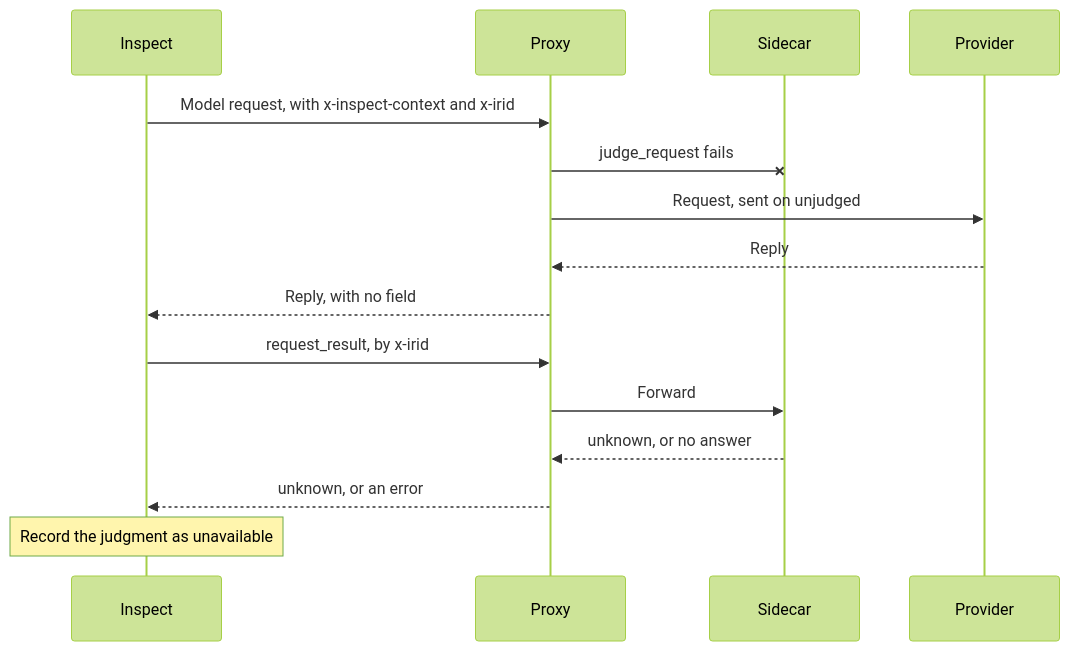
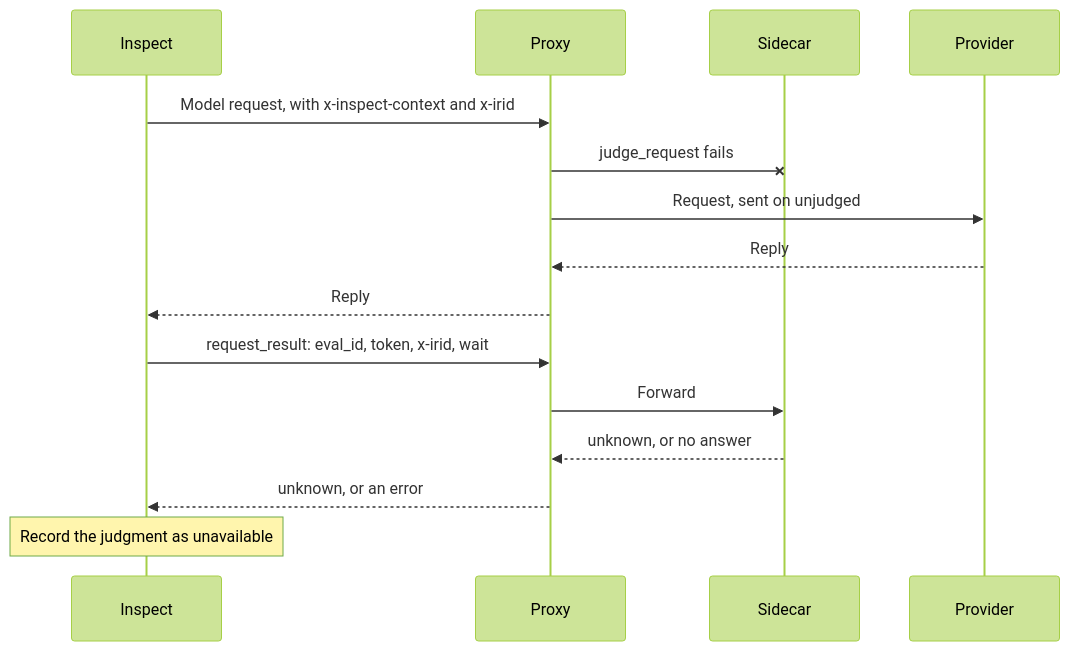
Before and after one commit to meridianlabs-ai/inspect_sentinel: the eighth of 9 diagrams in design/sidecar.md, drawn with Mermaid (forest theme). The commit also changed other lines of this file and 2 other files, not shown here.

First line of the commit message:
docs(design): ask the sidecar for each judgment instead of reading a field from replies

````diff
--- a/design/sidecar.md
+++ b/design/sidecar.md
@@ -972,17 +1028,17 @@
 ```mermaid
 sequenceDiagram
     participant I as Inspect
     participant P as Proxy
     participant S as Sidecar
     participant M as Provider
     I->>P: Model request, with x-inspect-context and x-irid
     P-xS: judge_request fails
     P->>M: Request, sent on unjudged
     M-->>P: Reply
-    P-->>I: Reply, with no field
-    I->>P: request_result, by x-irid
+    P-->>I: Reply
+    I->>P: request_result: eval_id, token, x-irid, wait
     P->>S: Forward
     S-->>P: unknown, or no answer
     P-->>I: unknown, or an error
     Note over I: Record the judgment as unavailable
 ```
````
